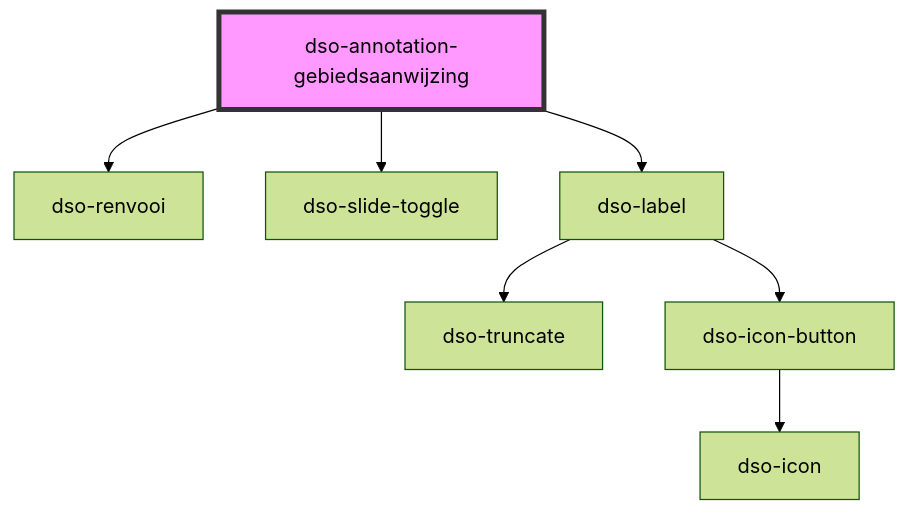
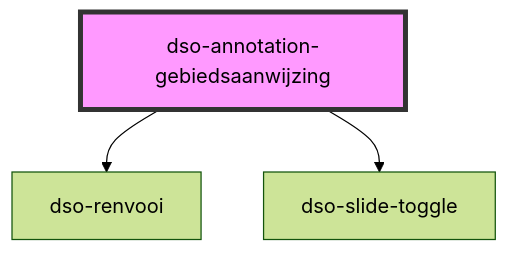
Before and after one commit to dso-toolkit/dso-toolkit: the diagram in packages/core/src/components/annotation/annotation-gebiedsaanwijzing/readme.md, drawn with Mermaid (forest theme). The commit also changed other lines of this file and 20 other files, not shown here.

Commit message:
#4033 [Changed] Annotation: Label moet kunnen worden aangepast

````diff
--- a/packages/core/src/components/annotation/annotation-gebiedsaanwijzing/readme.md
+++ b/packages/core/src/components/annotation/annotation-gebiedsaanwijzing/readme.md
@@ -34,10 +39,6 @@
 ```mermaid
 graph TD;
   dso-annotation-gebiedsaanwijzing --> dso-renvooi
   dso-annotation-gebiedsaanwijzing --> dso-slide-toggle
-  dso-annotation-gebiedsaanwijzing --> dso-label
-  dso-label --> dso-truncate
-  dso-label --> dso-icon-button
-  dso-icon-button --> dso-icon
   style dso-annotation-gebiedsaanwijzing fill:#f9f,stroke:#333,stroke-width:4px
 ```
````
